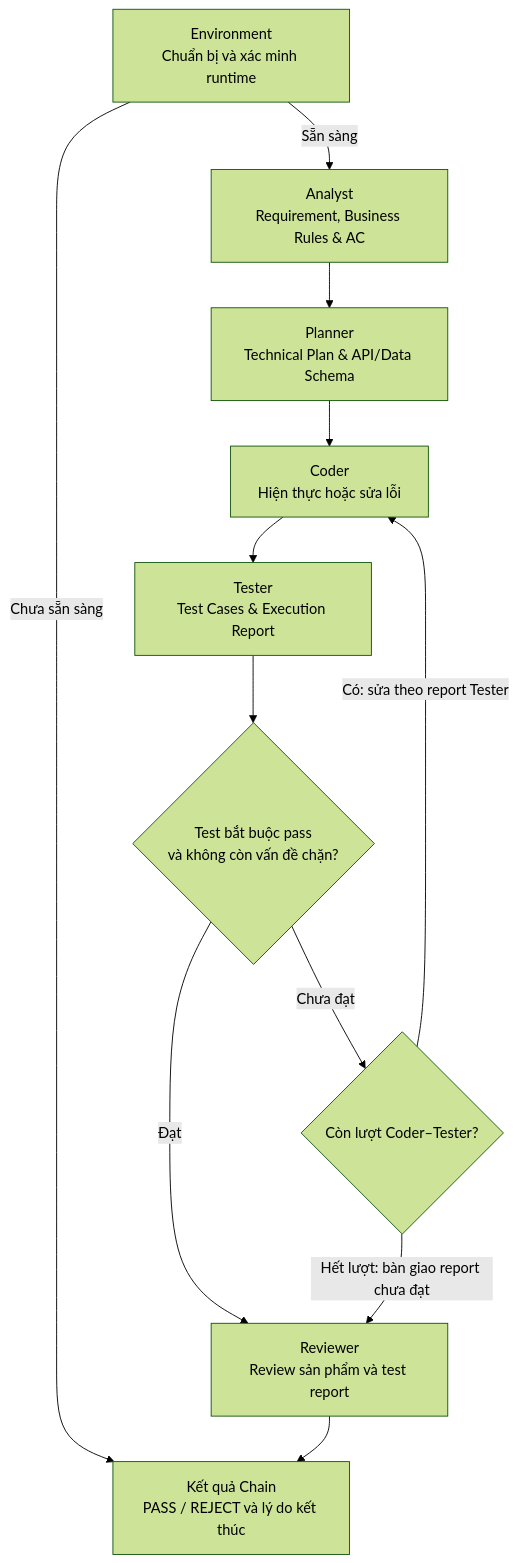
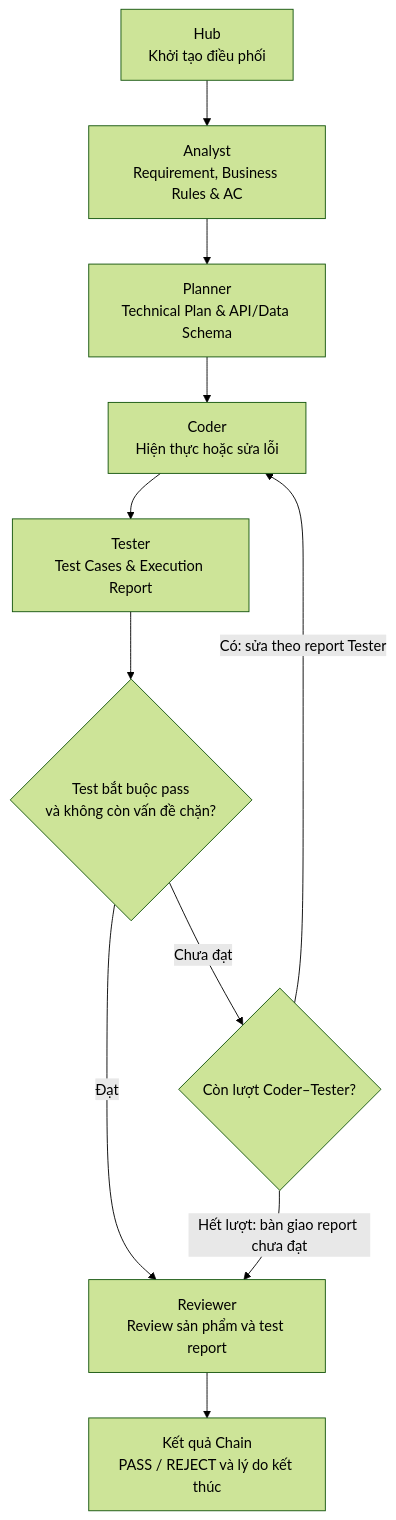
The first of 2 diagrams in src/raac/collaboration/levels/l3_collaboration/l3_topologies.md (phuvi301/RAAC-Stage2), drawn with Mermaid (forest theme) before and after one commit. The commit also changed other lines of this file and 44 other files, not shown here.

````diff
--- a/src/raac/collaboration/levels/l3_collaboration/l3_topologies.md
+++ b/src/raac/collaboration/levels/l3_collaboration/l3_topologies.md
@@ -22,22 +22,21 @@
 ```mermaid
 flowchart TD
     analyst["Analyst<br/>Requirement, Business Rules & AC"]
     planner["Planner<br/>Technical Plan & API/Data Schema"]
-    environment["Environment<br/>Chuẩn bị và xác minh runtime"]
+    hub["Hub<br/>Khởi tạo điều phối"]
     coder["Coder<br/>Hiện thực hoặc sửa lỗi"]
     tester["Tester<br/>Test Cases & Execution Report"]
     check{"Test bắt buộc pass<br/>và không còn vấn đề chặn?"}
     limit{"Còn lượt Coder–Tester?"}
     reviewer["Reviewer<br/>Review sản phẩm và test report"]
     result["Kết quả Chain<br/>PASS / REJECT và lý do kết thúc"]
 
-    environment -->|Sẵn sàng| analyst --> planner --> coder
+    hub --> analyst --> planner --> coder
     coder --> tester
-    environment -->|Chưa sẵn sàng| result
     tester --> check
     check -->|Đạt| reviewer
     check -->|Chưa đạt| limit
     limit -->|Có: sửa theo report Tester| coder
     limit -->|Hết lượt: bàn giao report chưa đạt| reviewer
     reviewer --> result
 ```
````
